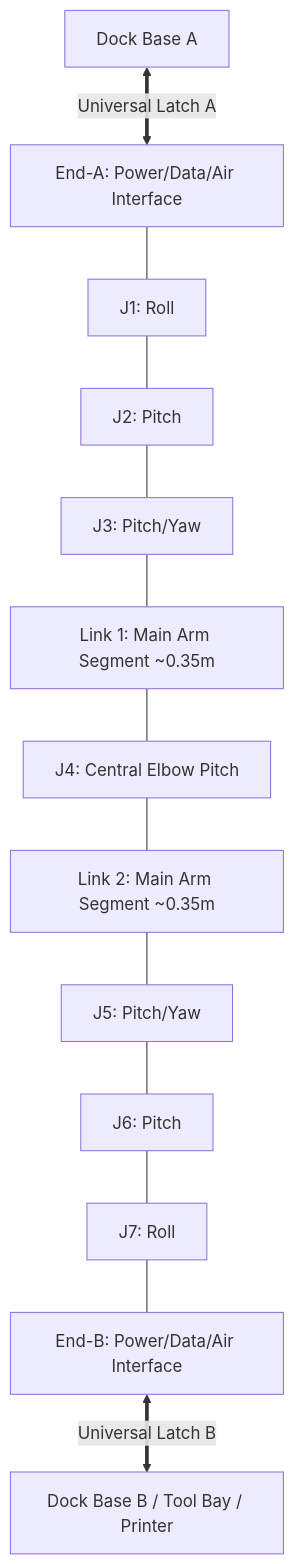
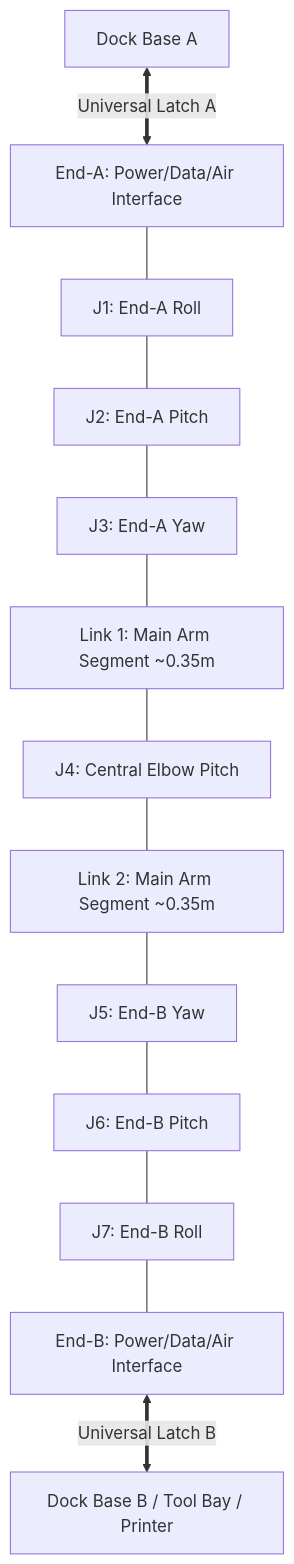
Before and after one commit to PaulBunch/sint: the third of 3 diagrams in docs/tasks/0004-candidate-schemes.md, drawn with Mermaid. The commit also changed other lines of this file and 2 other files, not shown here.

````diff
--- a/docs/tasks/0004-candidate-schemes.md
+++ b/docs/tasks/0004-candidate-schemes.md
@@ -207,15 +207,15 @@
 ```mermaid
 graph TD
     DockA[Dock Base A] <==>|Universal Latch A| EndA[End-A: Power/Data/Air Interface]
-    EndA --- J1[J1: Roll]
-    J1 --- J2[J2: Pitch]
-    J2 --- J3[J3: Pitch/Yaw]
+    EndA --- J1[J1: End-A Roll]
+    J1 --- J2[J2: End-A Pitch]
+    J2 --- J3[J3: End-A Yaw]
     J3 --- L1[Link 1: Main Arm Segment ~0.35m]
     L1 --- J4[J4: Central Elbow Pitch]
     J4 --- L2[Link 2: Main Arm Segment ~0.35m]
-    L2 --- J5[J5: Pitch/Yaw]
-    J5 --- J6[J6: Pitch]
-    J6 --- J7[J7: Roll]
+    L2 --- J5[J5: End-B Yaw]
+    J5 --- J6[J6: End-B Pitch]
+    J6 --- J7[J7: End-B Roll]
     J7 --- EndB[End-B: Power/Data/Air Interface]
     EndB <==>|Universal Latch B| DockB[Dock Base B / Tool Bay / Printer]
 ```
````
